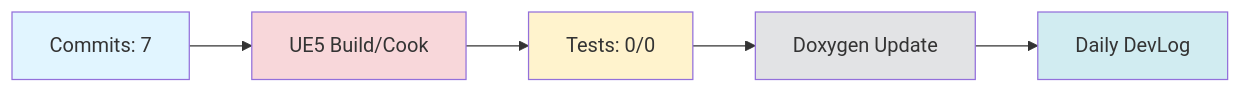
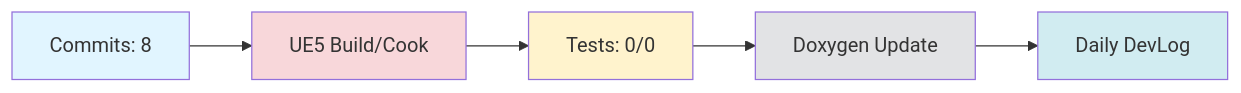
Before and after one commit to doppleddiggong/Onepiece: the diagram in Documents/DevLog/Daily/2025-11-18.md, drawn with Mermaid. The commit also changed other lines of this file and 1 other file, not shown here.

````diff
--- a/Documents/DevLog/Daily/2025-11-18.md
+++ b/Documents/DevLog/Daily/2025-11-18.md
@@ -107,13 +107,13 @@
 ```mermaid
 flowchart LR
-  Dev[Commits: 7] --> Build[UE5 Build/Cook]
+  Dev[Commits: 8] --> Build[UE5 Build/Cook]
   Build --> Test[Tests: 0/0]
   Test --> Doc[Doxygen Update]
   Doc --> Daily[Daily DevLog]
 
   style Dev fill:#e1f5ff
   style Build fill:#f8d7da
   style Test fill:#fff3cd
   style Doc fill:#e2e3e5
   style Daily fill:#d1ecf1
 ```
````
